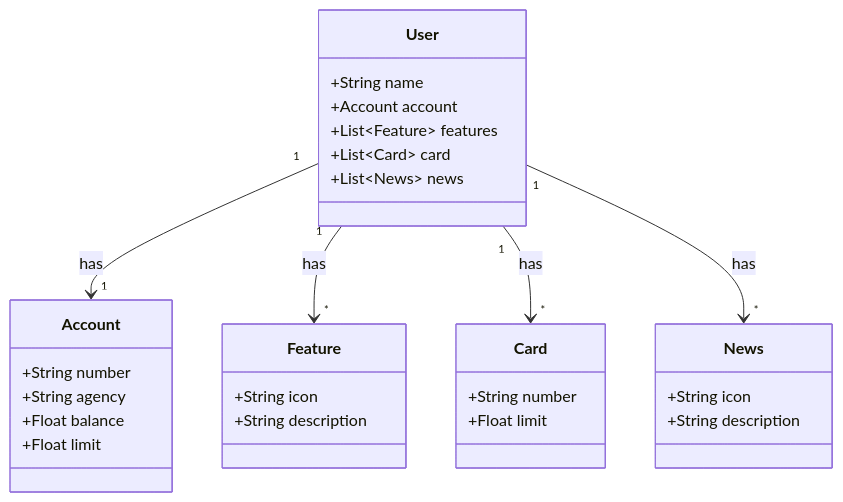
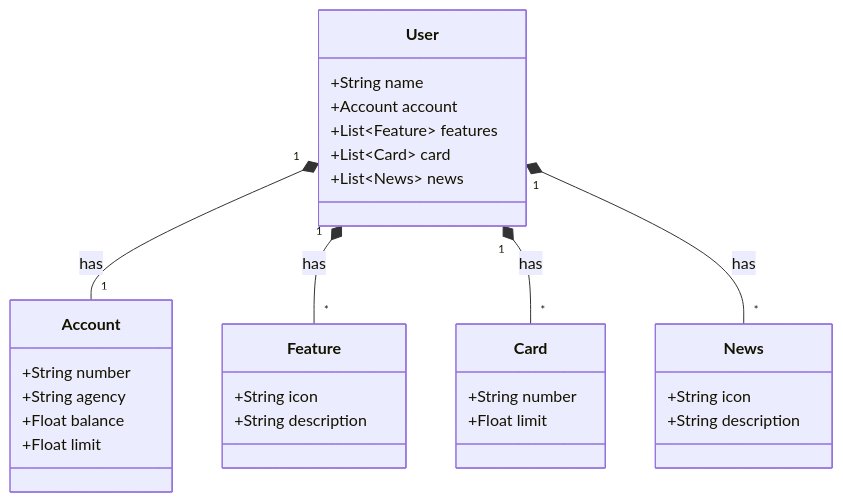
The diagram in README.md (ThiagoMenes/java-dev-thiago), drawn with Mermaid before and after one commit.

````diff
--- a/README.md
+++ b/README.md
@@ -4,37 +4,37 @@
 ```mermaid
 classDiagram
     class User {
         +String name
         +Account account
         +List~Feature~ features
         +List~Card~ card
         +List~News~ news
     }
 
     class Account {
         +String number
         +String agency
         +Float balance
         +Float limit
     }
 
     class Feature {
         +String icon
         +String description
     }
 
     class Card {
         +String number
         +Float limit
     }
 
     class News {
         +String icon
         +String description
     }
 
-    User "1" --> "1" Account : has
-    User "1" --> "*" Feature : has
-    User "1" --> "*" Card : has
-    User "1" --> "*" News : has
+    User "1" *-- "1" Account : has
+    User "1" *-- "*" Feature : has
+    User "1" *-- "*" Card : has
+    User "1" *-- "*" News : has
 ```
````
